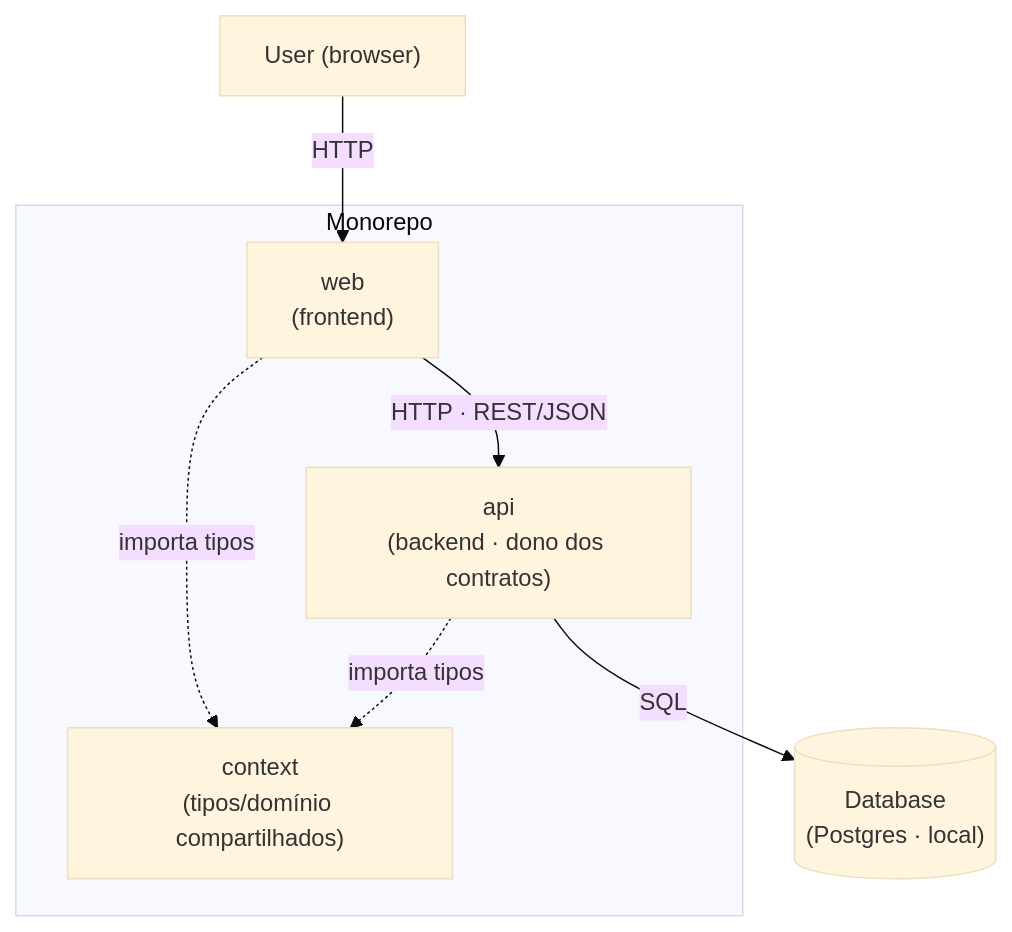
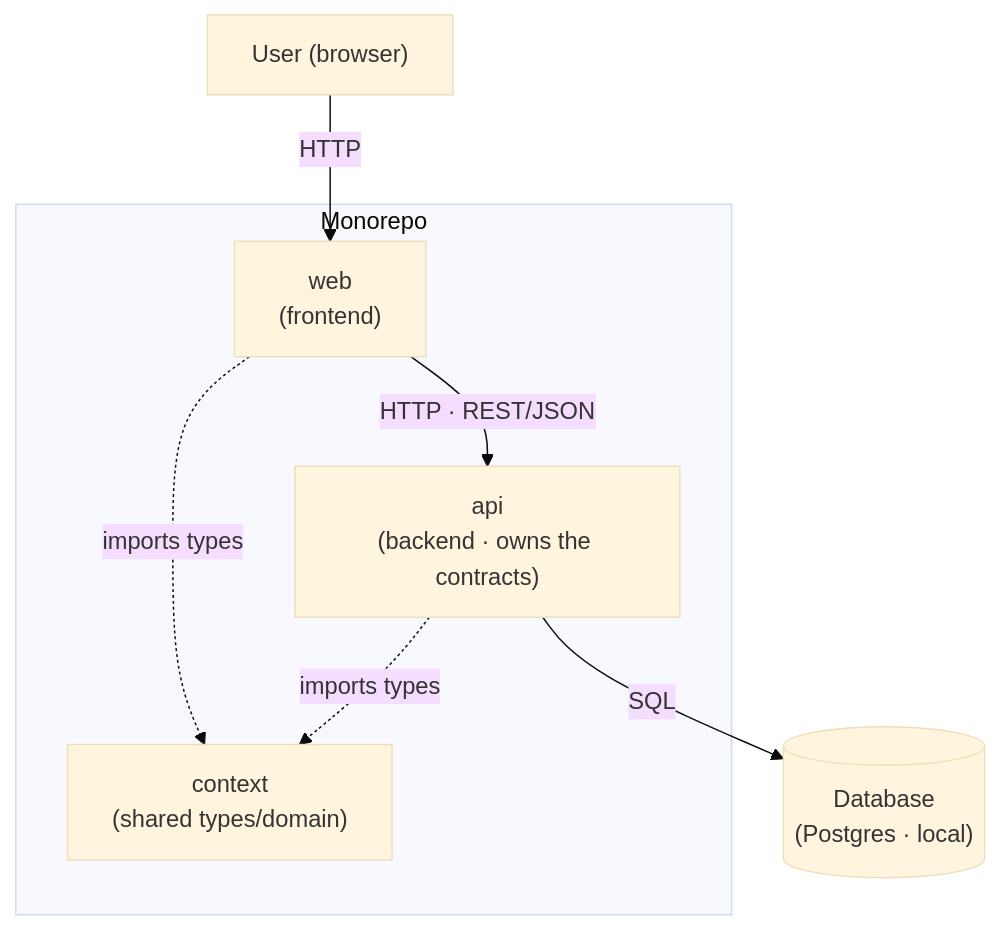
One commit to silvioubaldino/ntd-ecomerce-challenge changed the diagram in ntd-ecomerce-context/docs/architecture.md. Above: the diagram before and after it, drawn with Mermaid (base theme). The commit also changed other lines of this file and 12 other files, not shown here.

````diff
--- a/ntd-ecomerce-context/docs/architecture.md
+++ b/ntd-ecomerce-context/docs/architecture.md
@@ -20,18 +20,18 @@
 ```mermaid
 flowchart TB
     user["User (browser)"]
 
     subgraph monorepo[Monorepo]
         web["web<br/>(frontend)"]
-        api["api<br/>(backend · dono dos contratos)"]
-        context["context<br/>(tipos/domínio compartilhados)"]
+        api["api<br/>(backend · owns the contracts)"]
+        context["context<br/>(shared types/domain)"]
     end
 
     db[("Database<br/>(Postgres · local)")]
 
     user -->|HTTP| web
     web -->|HTTP · REST/JSON| api
     api -->|SQL| db
-    web -.->|importa tipos| context
-    api -.->|importa tipos| context
+    web -.->|imports types| context
+    api -.->|imports types| context
 ```
````
